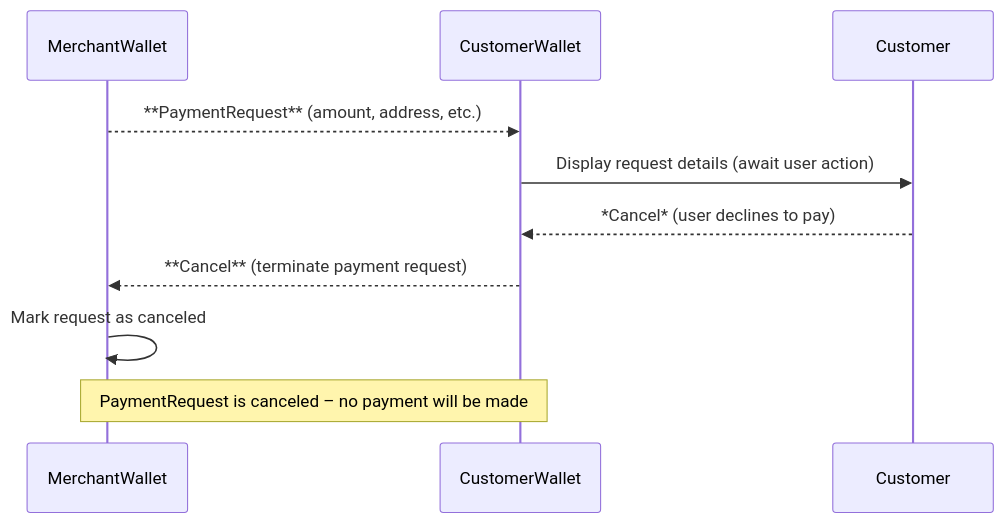
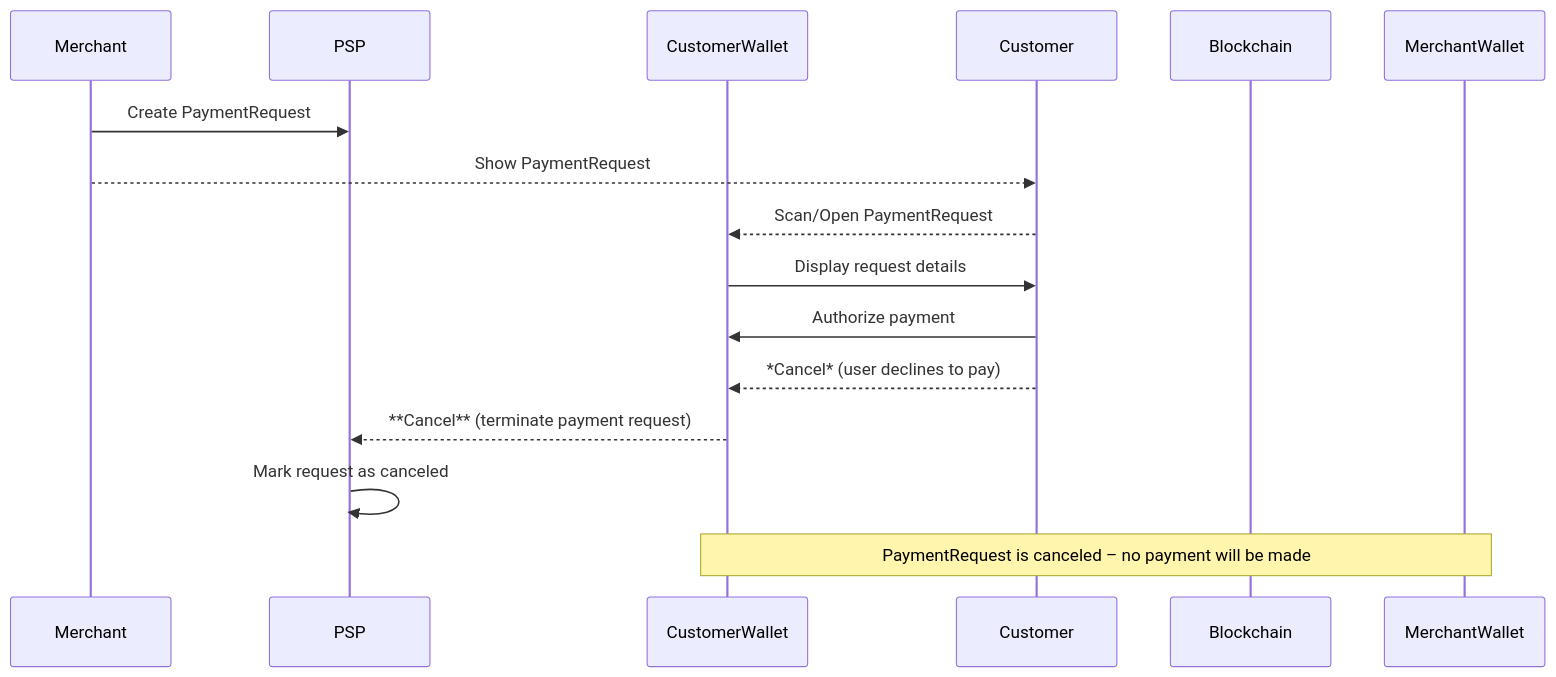
The fourth of 4 diagrams in TAIPs/taip-14.md (TransactionAuthorizationProtocol/TAIPs), drawn with Mermaid before and after one commit. The commit also changed other lines of this file and 1 other file, not shown here.

Commit message:
Clarified PaymentRequest flows

````diff
--- a/TAIPs/taip-14.md
+++ b/TAIPs/taip-14.md
@@ -136,11 +143,18 @@
 ```mermaid
 sequenceDiagram
-    participant MerchantWallet
+    participant Merchant
+    participant PSP
     participant CustomerWallet
-    MerchantWallet-->>CustomerWallet: **PaymentRequest** (amount, address, etc.)
-    CustomerWallet->>Customer: Display request details (await user action)
+    participant Customer
+    participant Blockchain
+
+    Merchant->>PSP: Create PaymentRequest
+    Merchant-->>Customer: Show PaymentRequest
+    Customer -->> CustomerWallet: Scan/Open PaymentRequest
+    CustomerWallet->>Customer: Display request details
+    Customer->>CustomerWallet: Authorize payment
     Customer-->>CustomerWallet: *Cancel* (user declines to pay)
-    CustomerWallet-->>MerchantWallet: **Cancel** (terminate payment request)
-    MerchantWallet->>MerchantWallet: Mark request as canceled
+    CustomerWallet-->>PSP: **Cancel** (terminate payment request)
+    PSP->>PSP: Mark request as canceled
     Note over MerchantWallet,CustomerWallet: PaymentRequest is canceled – no payment will be made
 ```
````
